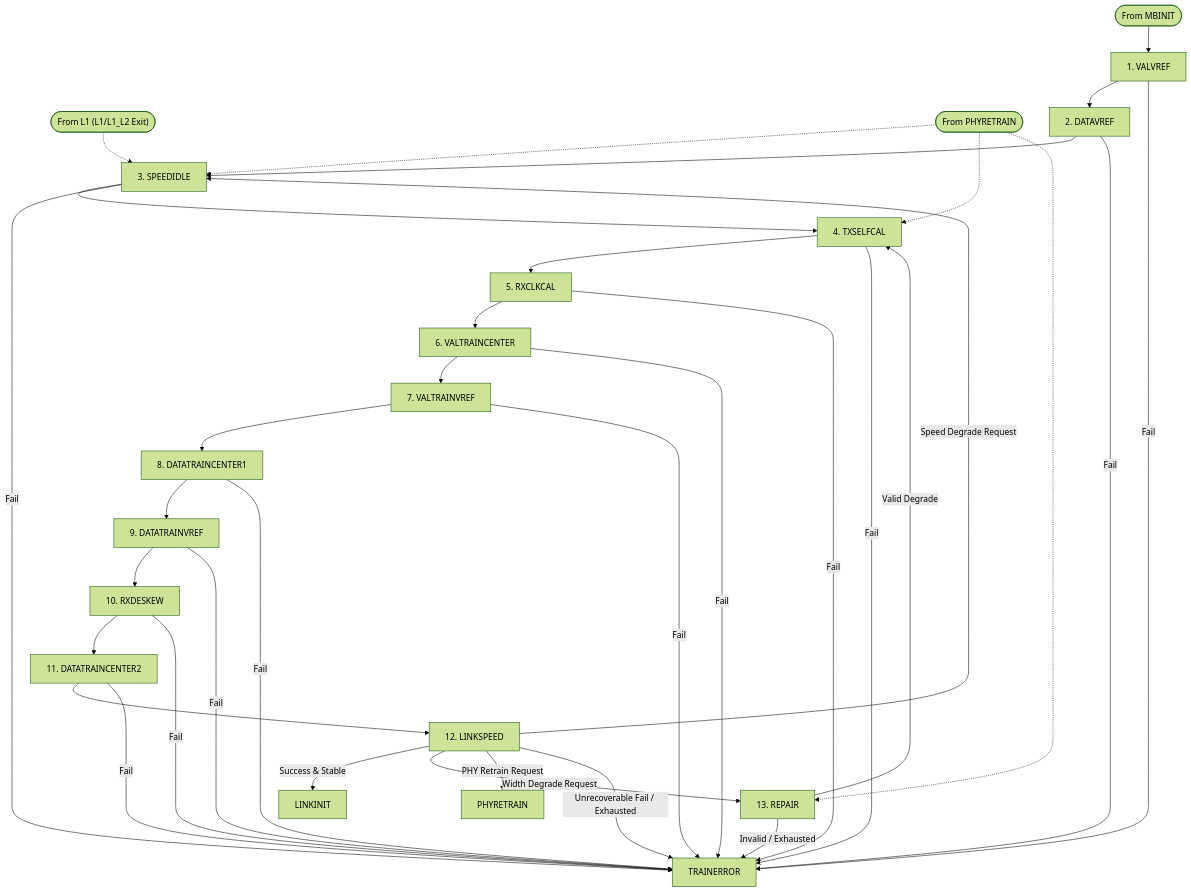
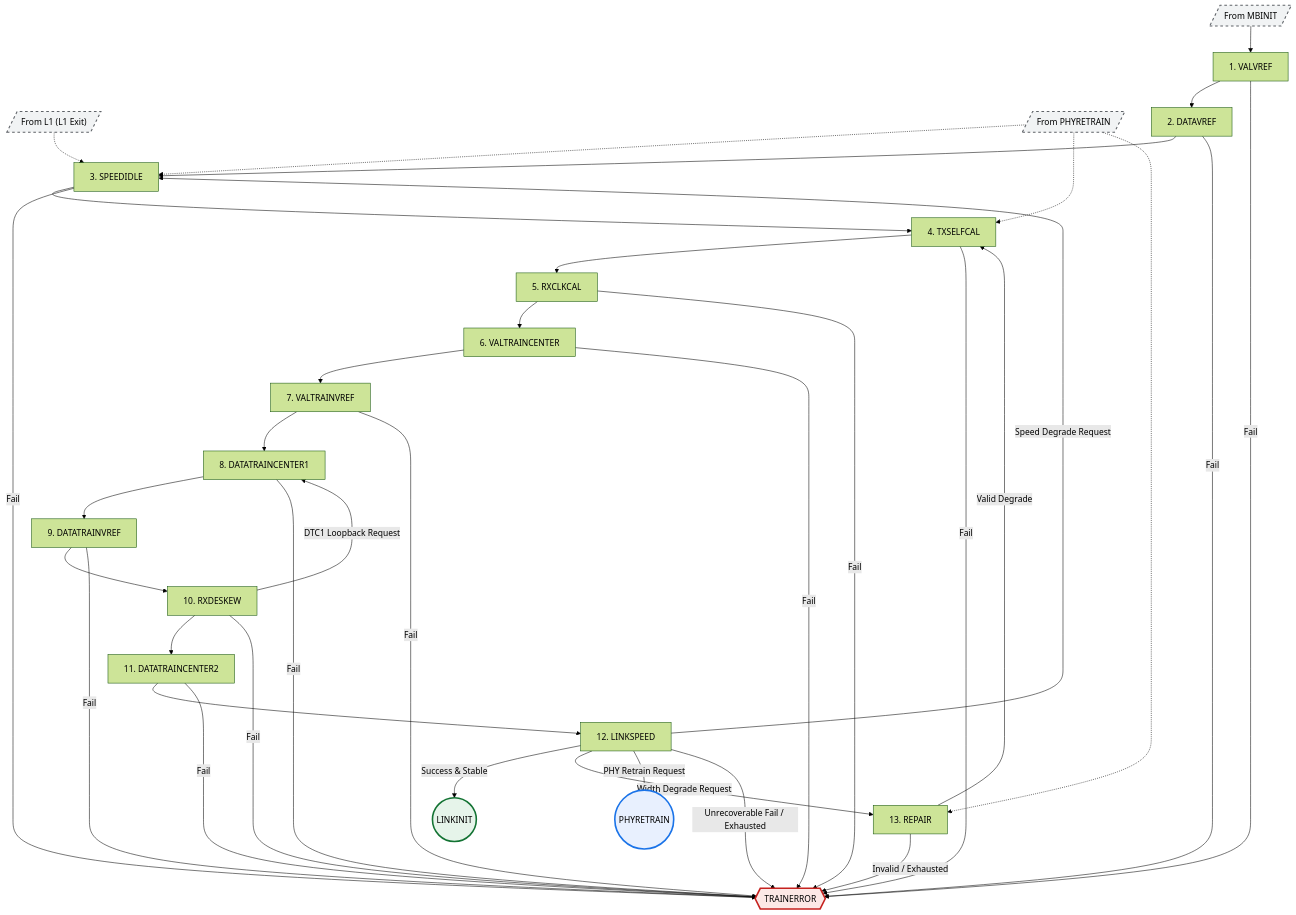
The diagram in rtl/MainSM/LTSM/MBTRAIN/MBTRAIN_overview.md (AbdallahMoSalah/UCIe-3.0-PHY-layer), drawn with Mermaid (forest theme) before and after one commit. The commit also changed other lines of this file and 1 other file, not shown here.

Commit message:
update the graph in the file MBTRAIN_overview.md

````diff
--- a/rtl/MainSM/LTSM/MBTRAIN/MBTRAIN_overview.md
+++ b/rtl/MainSM/LTSM/MBTRAIN/MBTRAIN_overview.md
@@ -773,46 +774,58 @@
 ```mermaid
 graph TD
-    %% Entry Points
-    MBINIT_ENTRY(["From MBINIT"]) --> VALVREF["1. VALVREF"]
-    L1_ENTRY(["From L1 (L1/L1_L2 Exit)"]) -.-> SPEEDIDLE["3. SPEEDIDLE"]
-    RETRAIN_ENTRY(["From PHYRETRAIN"]) -.-> SPEEDIDLE
+    %% Entry Points (Outside MBTRAIN)
+    MBINIT_ENTRY[/"From MBINIT"/] --> VALVREF["1. VALVREF"]
+    L1_ENTRY[/"From L1 (L1 Exit)"/] -.-> SPEEDIDLE["3. SPEEDIDLE"]
+    RETRAIN_ENTRY[/"From PHYRETRAIN"/] -.-> SPEEDIDLE
     RETRAIN_ENTRY -.-> TXSELFCAL["4. TXSELFCAL"]
     RETRAIN_ENTRY -.-> REPAIR["13. REPAIR"]
 
     %% Nominal sequence
     VALVREF --> DATAVREF["2. DATAVREF"]
     DATAVREF --> SPEEDIDLE
     SPEEDIDLE --> TXSELFCAL
     TXSELFCAL --> RXCLKCAL["5. RXCLKCAL"]
     RXCLKCAL --> VALTRAINCENTER["6. VALTRAINCENTER"]
     VALTRAINCENTER --> VALTRAINVREF["7. VALTRAINVREF"]
     VALTRAINVREF --> DATATRAINCENTER1["8. DATATRAINCENTER1"]
     DATATRAINCENTER1 --> DATATRAINVREF["9. DATATRAINVREF"]
     DATATRAINVREF --> RXDESKEW["10. RXDESKEW"]
     RXDESKEW --> DATATRAINCENTER2["11. DATATRAINCENTER2"]
     DATATRAINCENTER2 --> LINKSPEED["12. LINKSPEED"]
 
-    %% Exit Paths from LINKSPEED
-    LINKSPEED -->|Success & Stable| LINKINIT["LINKINIT"]
+    %% Loopback / Refinement Arc
+    RXDESKEW -->|DTC1 Loopback Request| DATATRAINCENTER1
+
+    %% Exit Paths from LINKSPEED (To Outside MBTRAIN)
+    LINKSPEED -->|Success & Stable| LINKINIT(("LINKINIT"))
     LINKSPEED -->|Speed Degrade Request| SPEEDIDLE
     LINKSPEED -->|Width Degrade Request| REPAIR
-    LINKSPEED -->|PHY Retrain Request| PHYRETRAIN["PHYRETRAIN"]
-    LINKSPEED -->|Unrecoverable Fail / Exhausted| TRAINERROR["TRAINERROR"]
+    LINKSPEED -->|PHY Retrain Request| PHYRETRAIN(("PHYRETRAIN"))
+    LINKSPEED -->|Unrecoverable Fail / Exhausted| TRAINERROR{{"TRAINERROR"}}
 
     %% REPAIR loop
     REPAIR -->|Valid Degrade| TXSELFCAL
     REPAIR -->|Invalid / Exhausted| TRAINERROR
 
     %% Individual state failures (Timeout or architectural check)
     VALVREF -->|Fail| TRAINERROR
     DATAVREF -->|Fail| TRAINERROR
     SPEEDIDLE -->|Fail| TRAINERROR
     TXSELFCAL -->|Fail| TRAINERROR
     RXCLKCAL -->|Fail| TRAINERROR
     VALTRAINCENTER -->|Fail| TRAINERROR
     VALTRAINVREF -->|Fail| TRAINERROR
     DATATRAINCENTER1 -->|Fail| TRAINERROR
     DATATRAINVREF -->|Fail| TRAINERROR
     RXDESKEW -->|Fail| TRAINERROR
     DATATRAINCENTER2 -->|Fail| TRAINERROR
+
+    %% Style definitions for Outside states
+    style MBINIT_ENTRY fill:#f1f3f4,stroke:#5f6368,stroke-width:2px,stroke-dasharray: 5 5
+    style L1_ENTRY fill:#f1f3f4,stroke:#5f6368,stroke-width:2px,stroke-dasharray: 5 5
+    style RETRAIN_ENTRY fill:#f1f3f4,stroke:#5f6368,stroke-width:2px,stroke-dasharray: 5 5
+
+    style LINKINIT fill:#e6f4ea,stroke:#137333,stroke-width:3px
+    style PHYRETRAIN fill:#e8f0fe,stroke:#1a73e8,stroke-width:3px
+    style TRAINERROR fill:#fce8e6,stroke:#c5221f,stroke-width:3px
 ```
````
